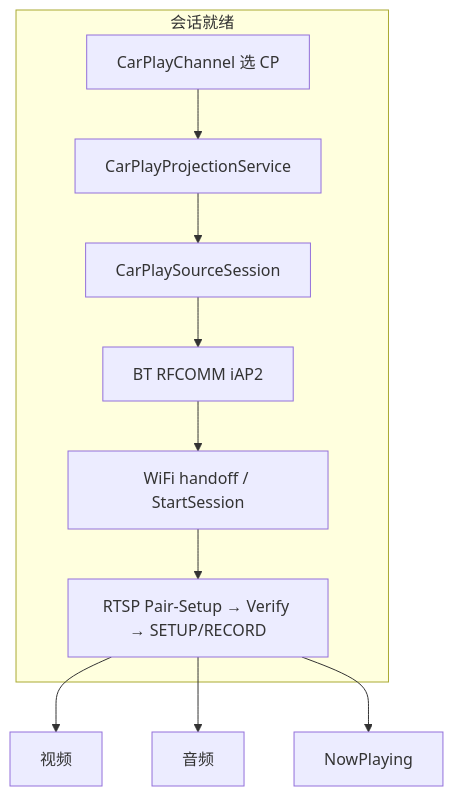
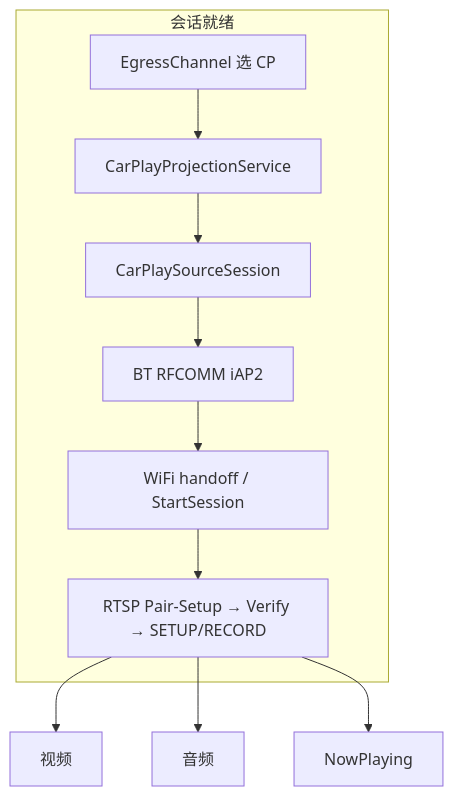
One commit to lagXkjy/AADisplay changed the third of 3 diagrams in docs/EXECUTION.md. Above: the diagram before and after it, drawn with Mermaid. The commit also changed other lines of this file and 19 other files, not shown here.

````diff
--- a/docs/EXECUTION.md
+++ b/docs/EXECUTION.md
@@ -443,13 +443,13 @@
 ```mermaid
 flowchart TB
   subgraph bringup [会话就绪]
-    CH[CarPlayChannel 选 CP] --> FGS[CarPlayProjectionService]
+    CH[EgressChannel 选 CP] --> FGS[CarPlayProjectionService]
     FGS --> SS[CarPlaySourceSession]
     SS --> BT[BT RFCOMM iAP2]
     BT --> WIFI[WiFi handoff / StartSession]
     WIFI --> RTSP[RTSP Pair-Setup → Verify → SETUP/RECORD]
   end
   RTSP --> VID[视频]
   RTSP --> AUD[音频]
   RTSP --> NP[NowPlaying]
 ```
````
